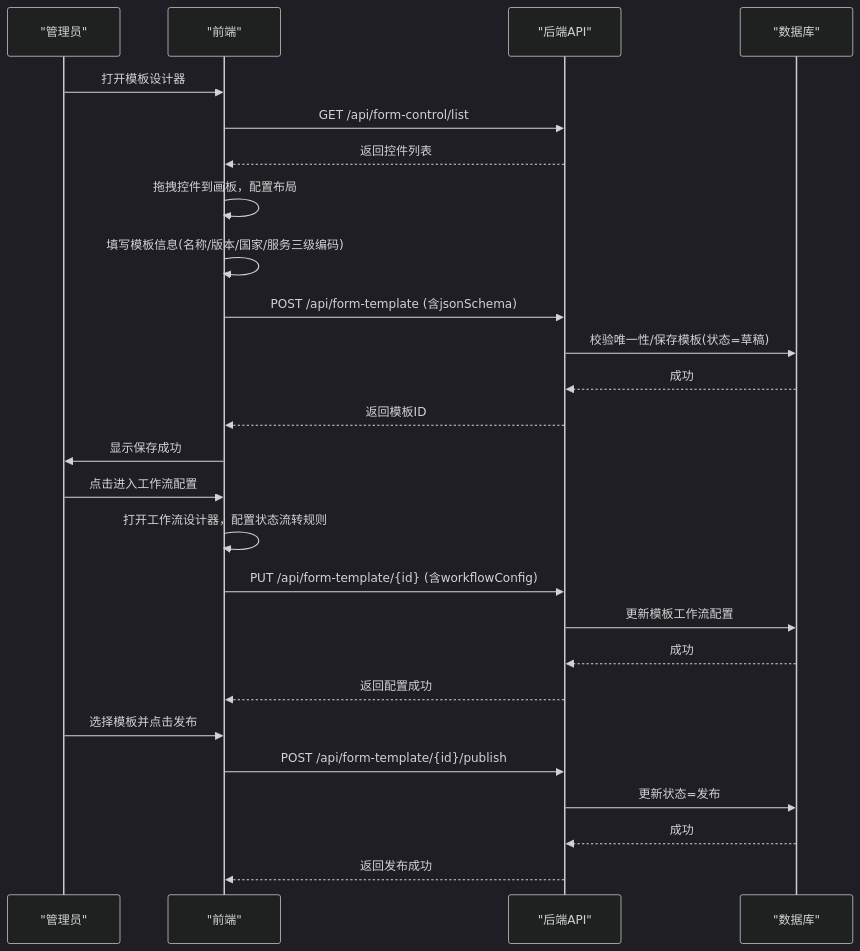
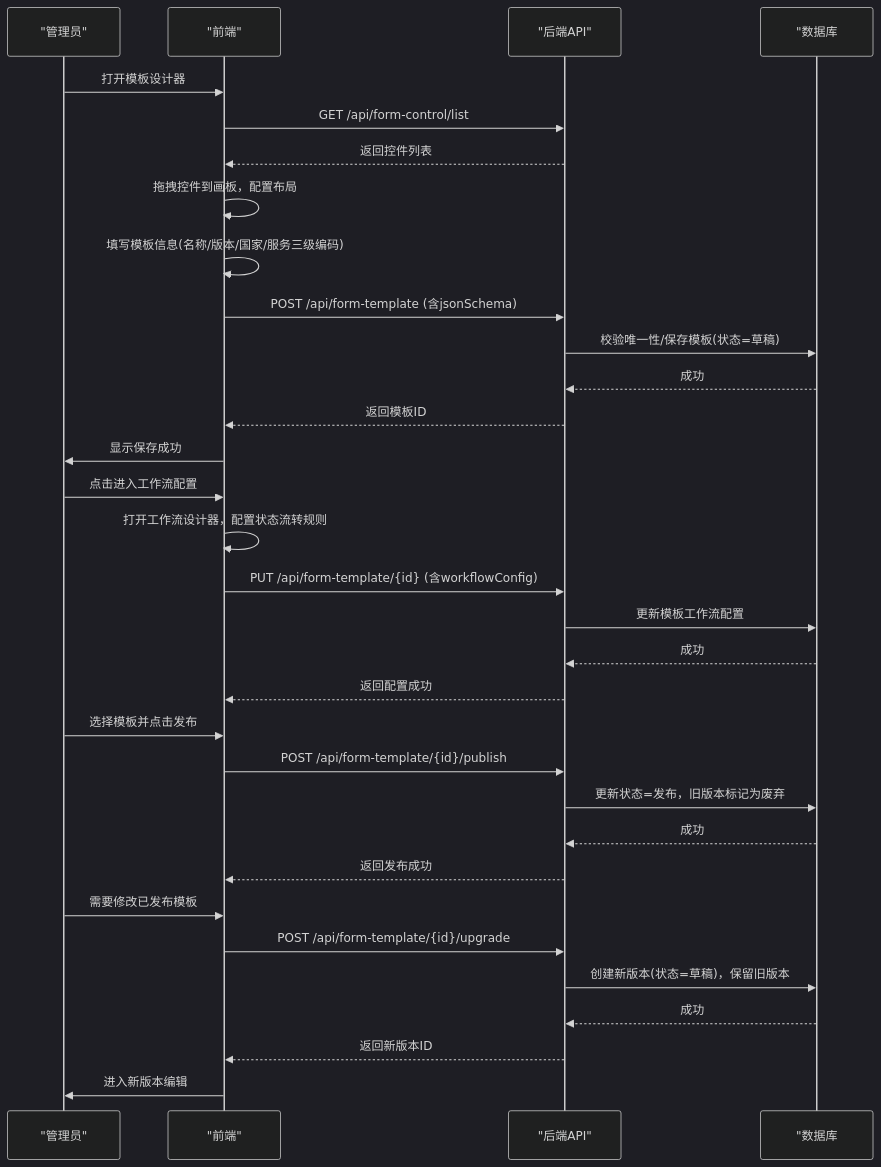
Before and after one commit to NJMrLi/genetics: the second of 5 diagrams in .qoder/repowiki/zh/content/API接口文档/服务单模板API.md, drawn with Mermaid (dark theme). The commit also changed other lines of this file and 3 other files, not shown here.

````diff
--- a/.qoder/repowiki/zh/content/API接口文档/服务单模板API.md
+++ b/.qoder/repowiki/zh/content/API接口文档/服务单模板API.md
@@ -105,28 +116,34 @@
 ```mermaid
 sequenceDiagram
 participant Admin as "管理员"
 participant FE as "前端"
 participant API as "后端API"
-participant DB as "数据库"
+participant DB as "数据库
 Admin->>FE : 打开模板设计器
 FE->>API : GET /api/form-control/list
 API-->>FE : 返回控件列表
 FE->>FE : 拖拽控件到画板，配置布局
 FE->>FE : 填写模板信息(名称/版本/国家/服务三级编码)
 FE->>API : POST /api/form-template (含jsonSchema)
 API->>DB : 校验唯一性/保存模板(状态=草稿)
 DB-->>API : 成功
 API-->>FE : 返回模板ID
 FE->>Admin : 显示保存成功
 Admin->>FE : 点击进入工作流配置
 FE->>FE : 打开工作流设计器，配置状态流转规则
 FE->>API : PUT /api/form-template/{id} (含workflowConfig)
 API->>DB : 更新模板工作流配置
 DB-->>API : 成功
 API-->>FE : 返回配置成功
 Admin->>FE : 选择模板并点击发布
 FE->>API : POST /api/form-template/{id}/publish
-API->>DB : 更新状态=发布
+API->>DB : 更新状态=发布，旧版本标记为废弃
 DB-->>API : 成功
 API-->>FE : 返回发布成功
+Admin->>FE : 需要修改已发布模板
+FE->>API : POST /api/form-template/{id}/upgrade
+API->>DB : 创建新版本(状态=草稿)，保留旧版本
+DB-->>API : 成功
+API-->>FE : 返回新版本ID
+FE->>Admin : 进入新版本编辑
 ```
````
